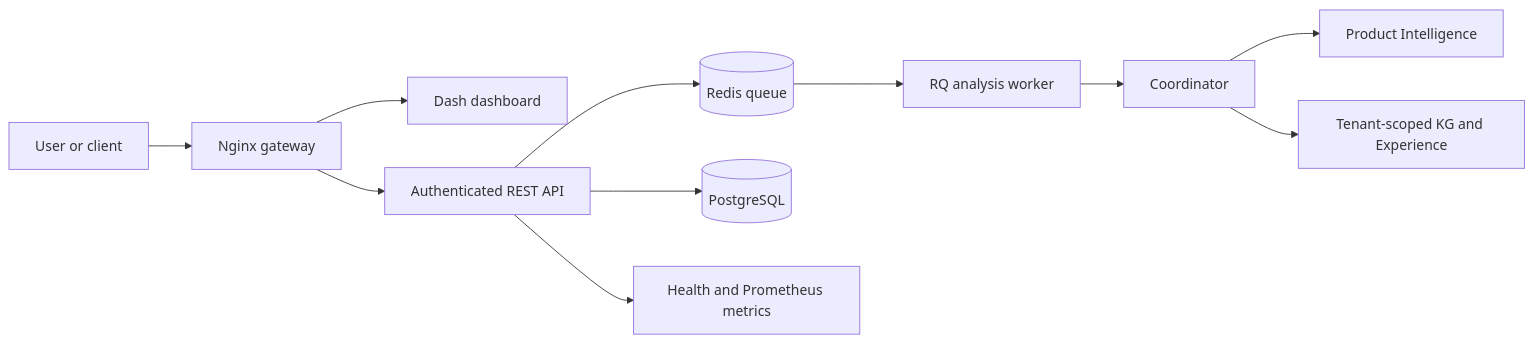
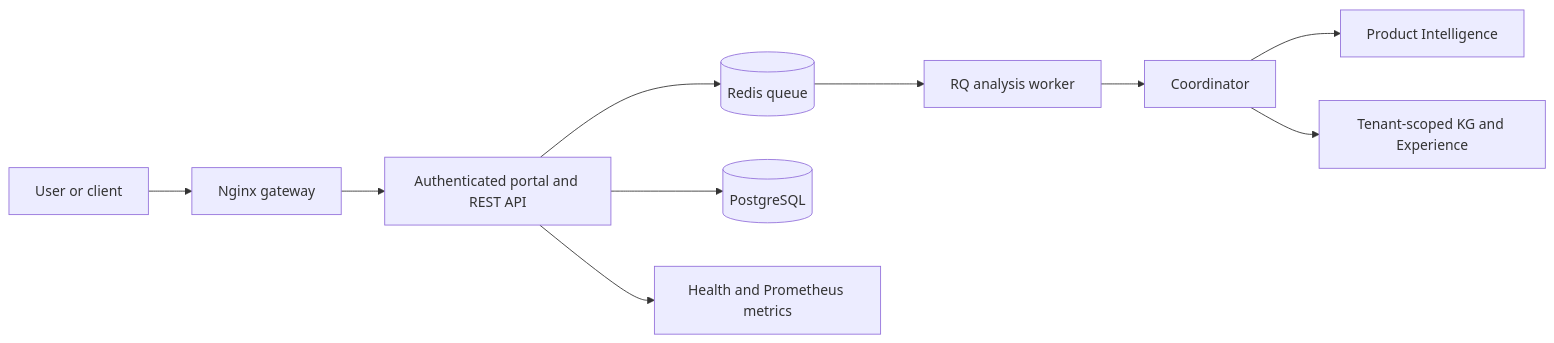
Before and after one commit to BigHeroUp/skills_agent: the diagram in docs/PLATFORM_PRODUCTIZATION.md, drawn with Mermaid. The commit also changed other lines of this file and 8 other files, not shown here.

````diff
--- a/docs/PLATFORM_PRODUCTIZATION.md
+++ b/docs/PLATFORM_PRODUCTIZATION.md
@@ -11,13 +10,12 @@
 ```mermaid
 flowchart LR
     U[User or client] --> G[Nginx gateway]
-    G --> D[Dash dashboard]
-    G --> A[Authenticated REST API]
+    G --> A[Authenticated portal and REST API]
     A --> R[(Redis queue)]
     R --> J[RQ analysis worker]
     J --> C[Coordinator]
     C --> PI[Product Intelligence]
     A --> P[(PostgreSQL)]
     C --> T[Tenant-scoped KG and Experience]
     A --> M[Health and Prometheus metrics]
 ```
````
